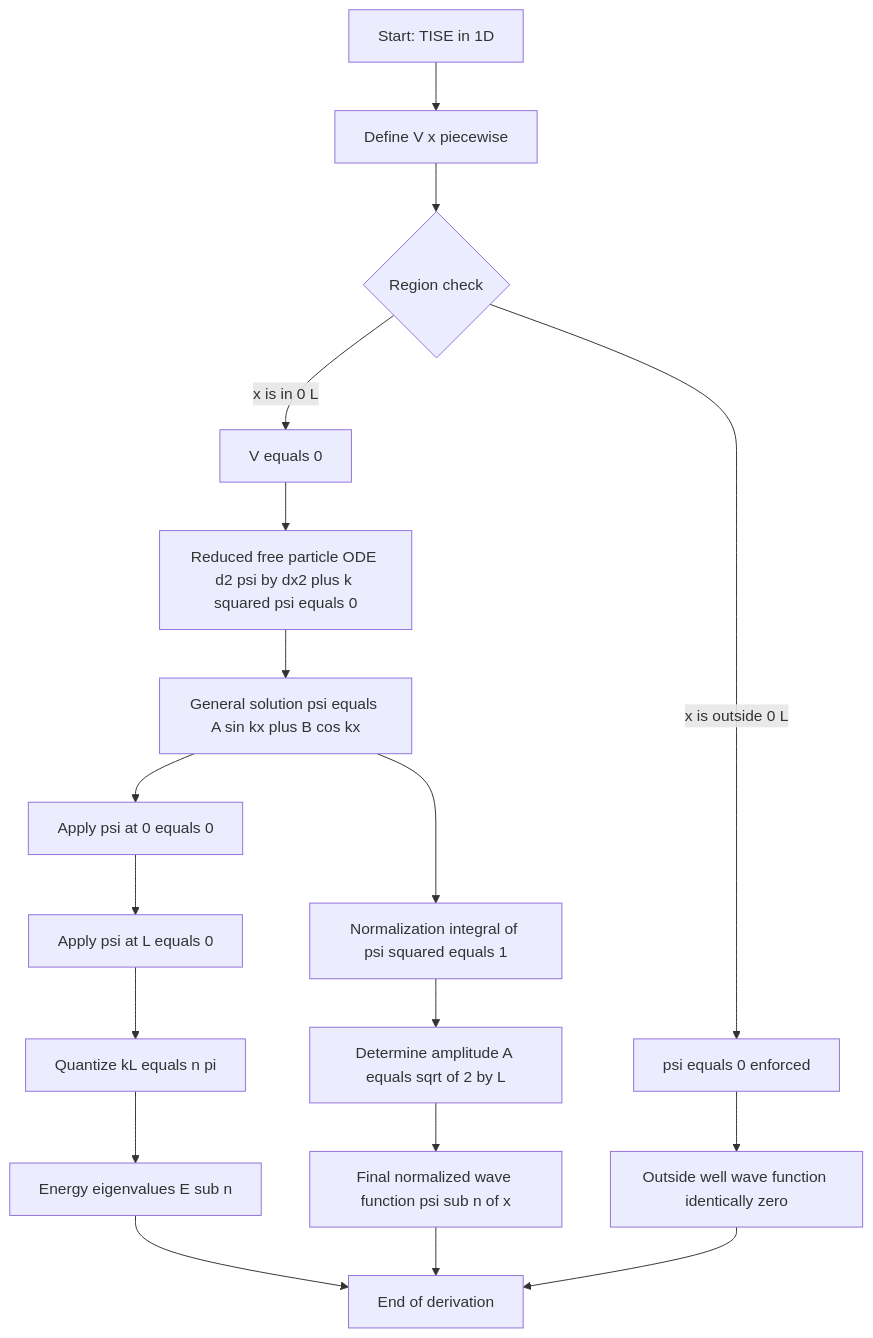
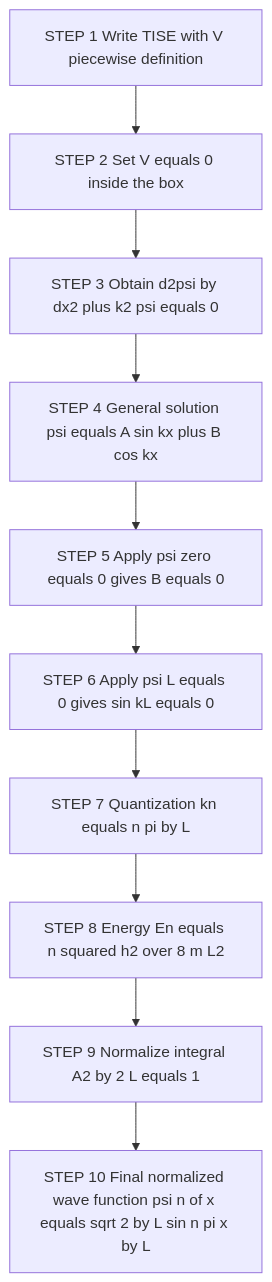
One commit to vishnuu-kr/ktunode changed the third of 4 diagrams in public/notes/computer-science-and-engineering/semester-1/gapht121-physics-for-information-science/02-module-2-quantum-mechanics/particle-in-a-one-dimensional-box-derivation-of-energy-eigen-values-and-normalized-wave-function/notes.md. Above: the diagram before and after it, drawn with Mermaid. The commit also changed other lines of this file and 4829 other files, not shown here.

````diff
--- a/public/notes/computer-science-and-engineering/semester-1/gapht121-physics-for-information-science/02-module-2-quantum-mechanics/particle-in-a-one-dimensional-box-derivation-of-energy-eigen-values-and-normalized-wave-function/notes.md
+++ b/public/notes/computer-science-and-engineering/semester-1/gapht121-physics-for-information-science/02-module-2-quantum-mechanics/particle-in-a-one-dimensional-box-derivation-of-energy-eigen-values-and-normalized-wave-function/notes.md
@@ -439,20 +382,12 @@
 ```mermaid
 flowchart TD
-    A[Start: TISE in 1D] --> B[Define V x piecewise]
-    B --> C{Region check}
-    C -->|x is in 0 L| D[V equals 0]
-    C -->|x is outside 0 L| E[psi equals 0 enforced]
-    D --> F[Reduced free particle ODE d2 psi by dx2 plus k squared psi equals 0]
-    F --> G[General solution psi equals A sin kx plus B cos kx]
-    G --> H[Apply psi at 0 equals 0]
-    H --> I[Apply psi at L equals 0]
-    I --> J[Quantize kL equals n pi]
-    J --> K[Energy eigenvalues E sub n]
-    G --> L[Normalization integral of psi squared equals 1]
-    L --> M[Determine amplitude A equals sqrt of 2 by L]
-    M --> N[Final normalized wave function psi sub n of x]
-    E --> P[Outside well wave function identically zero]
-    K --> Q[End of derivation]
-    N --> Q
-    P --> Q
+    S1["STEP 1 Write TISE with V piecewise definition"] --> S2["STEP 2 Set V equals 0 inside the box"]
+    S2 --> S3["STEP 3 Obtain d2psi by dx2 plus k2 psi equals 0"]
+    S3 --> S4["STEP 4 General solution psi equals A sin kx plus B cos kx"]
+    S4 --> S5["STEP 5 Apply psi zero equals 0 gives B equals 0"]
+    S5 --> S6["STEP 6 Apply psi L equals 0 gives sin kL equals 0"]
+    S6 --> S7["STEP 7 Quantization kn equals n pi by L"]
+    S7 --> S8["STEP 8 Energy En equals n squared h2 over 8 m L2"]
+    S8 --> S9["STEP 9 Normalize integral A2 by 2 L equals 1"]
+    S9 --> S10["STEP 10 Final normalized wave function psi n of x equals sqrt 2 by L sin n pi x by L"]
 ```
````
